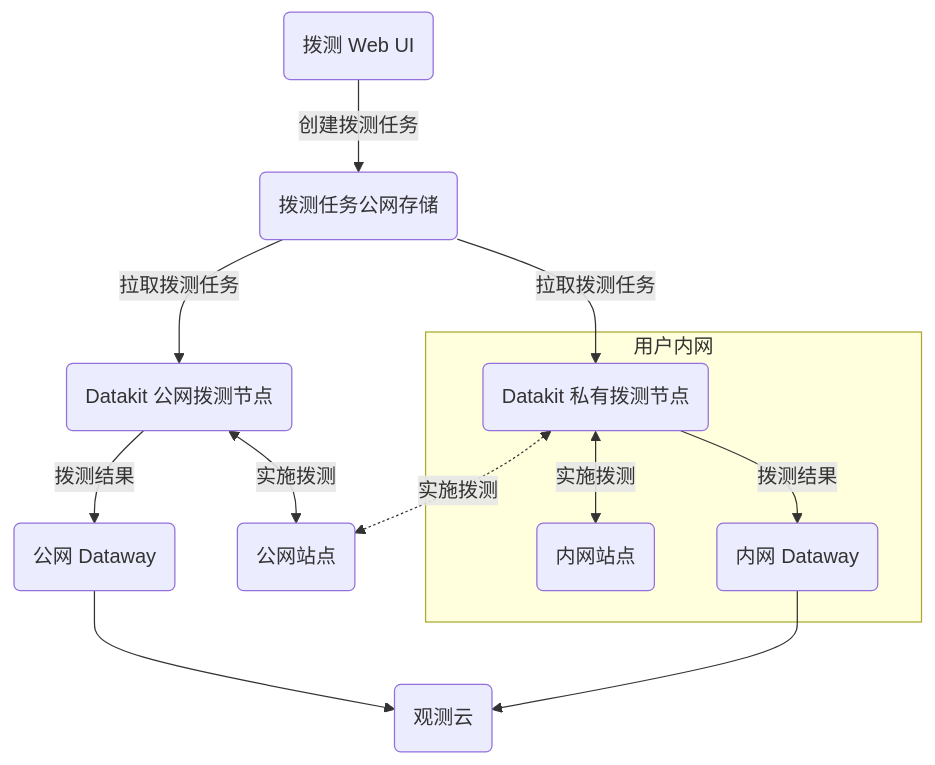
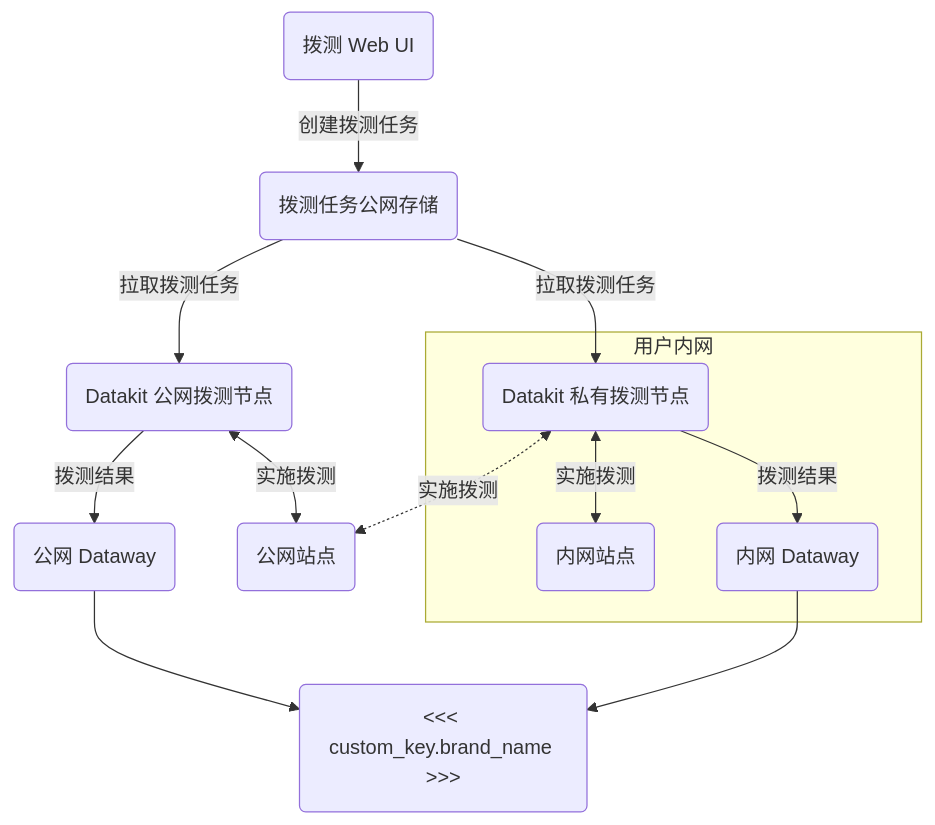
The diagram in docs/zh/integrations/dialtesting.md (GuanceCloud/guance-docs), drawn with Mermaid before and after one commit. The commit also changed other lines of this file and 491 other files, not shown here.

````diff
--- a/docs/zh/integrations/dialtesting.md
+++ b/docs/zh/integrations/dialtesting.md
@@ -142,27 +142,27 @@
 ```mermaid
 graph TD
   %% node definitions
   dt_web(拨测 Web UI);
   dt_db(拨测任务公网存储);
   dt_pub(Datakit 公网拨测节点);
   dt_pri(Datakit 私有拨测节点);
   site_inner(内网站点);
   site_pub(公网站点);
   dw_inner(内网 Dataway);
   dw_pub(公网 Dataway);
-  guance(观测云);
+  guance(<<< custom_key.brand_name >>>);
 
   %%%%%%%%%%%%%%%%%%%%%%%%%%%%%%%
 
   dt_web -->|创建拨测任务| dt_db;
   dt_db -->|拉取拨测任务| dt_pub -->|拨测结果| dw_pub --> guance;
   dt_db -->|拉取拨测任务| dt_pri;
   dt_pub <-->|实施拨测| site_pub;
 
   dt_pri <-.->|实施拨测| site_pub;
   dw_inner --> guance;
   subgraph "用户内网"
   dt_pri <-->|实施拨测| site_inner;
   dt_pri -->|拨测结果| dw_inner;
   end
 ```
````
